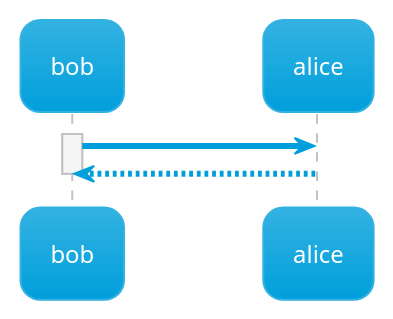
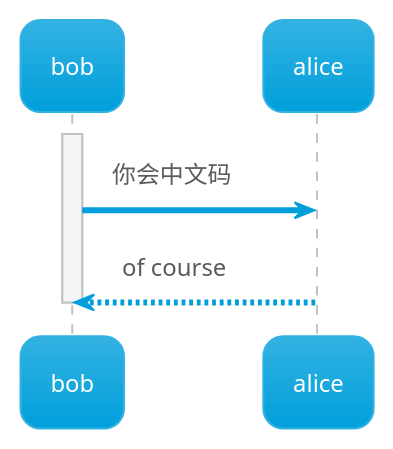
Before and after one commit to etoeto623/NeoNote: the second of 5 diagrams in FunStuff/绘图工具整理.md, drawn with PlantUML. The commit also changed other lines of this file and 1 other file, not shown here.

Commit message:
plantuml补充

````diff
--- a/FunStuff/绘图工具整理.md
+++ b/FunStuff/绘图工具整理.md
@@ -21,9 +22,9 @@
 ``` plantuml
 @startuml
 !theme bluegray
 activate bob
-bob -> alice
-alice --> bob
+bob -> alice : 你会中文码
+alice --> bob : of course
 deactivate bob
 @enduml
 ```
````
